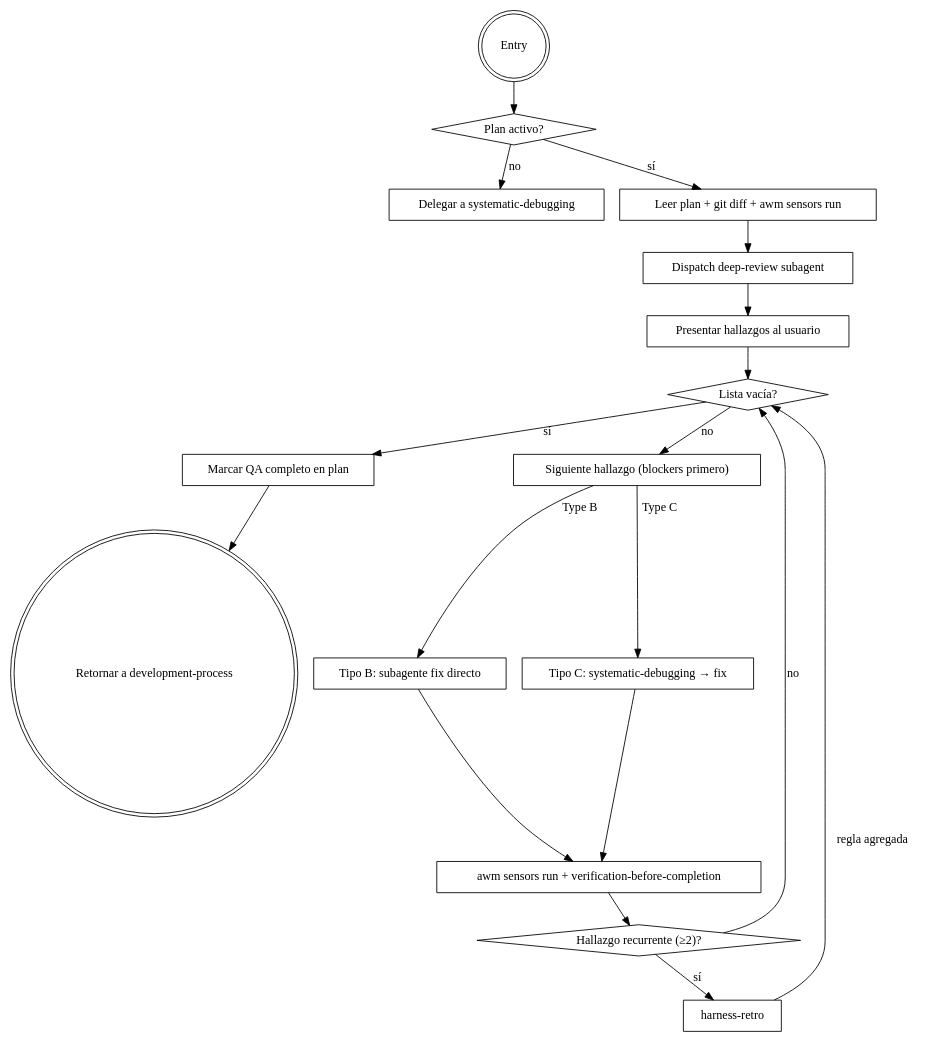
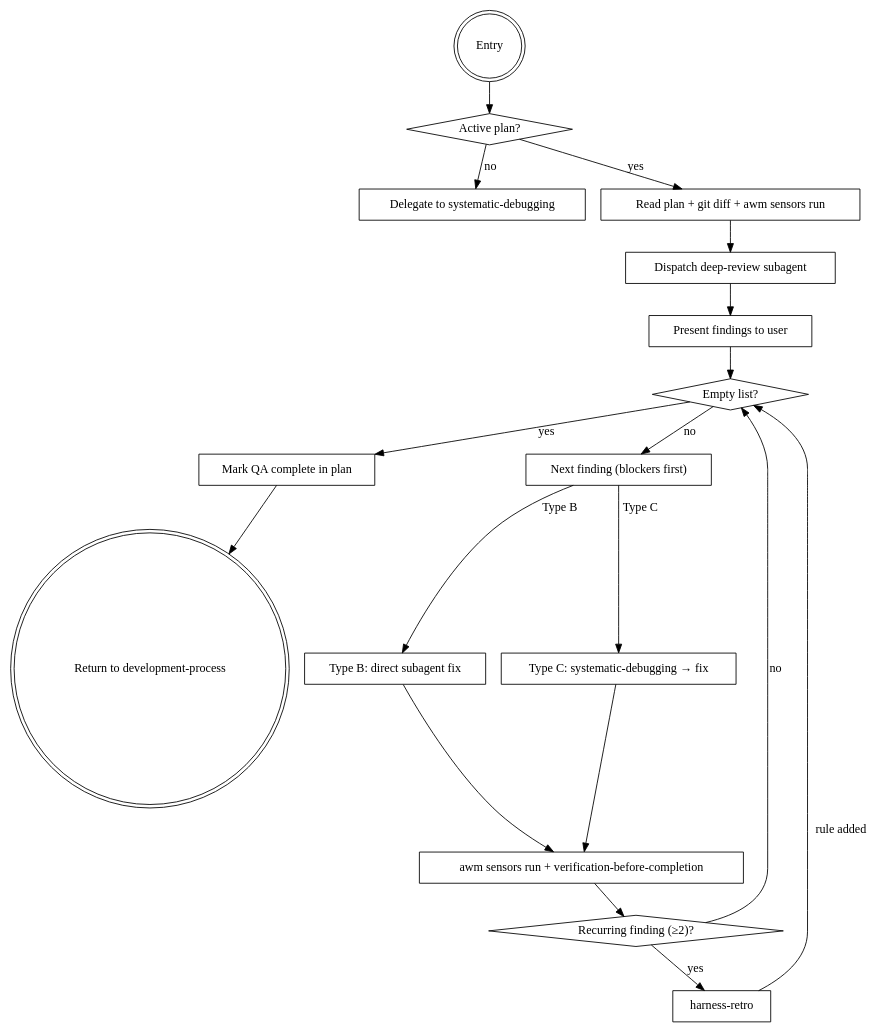
One commit to Kodria/awm-baseline-registry changed the diagram in skills/post-implementation-qa/SKILL.md. Above: the diagram before and after it, drawn with Graphviz. The commit also changed other lines of this file and 14 other files, not shown here.

````diff
--- a/skills/post-implementation-qa/SKILL.md
+++ b/skills/post-implementation-qa/SKILL.md
@@ -38,39 +38,39 @@
 ```dot
 digraph qa_process {
     rankdir=TB;
 
     "Entry" [shape=doublecircle];
-    "Plan activo?" [shape=diamond];
-    "Delegar a systematic-debugging" [shape=box];
-    "Leer plan + git diff + awm sensors run" [shape=box];
+    "Active plan?" [shape=diamond];
+    "Delegate to systematic-debugging" [shape=box];
+    "Read plan + git diff + awm sensors run" [shape=box];
     "Dispatch deep-review subagent" [shape=box];
-    "Presentar hallazgos al usuario" [shape=box];
-    "Lista vacía?" [shape=diamond];
-    "Marcar QA completo en plan" [shape=box];
-    "Retornar a development-process" [shape=doublecircle];
-    "Siguiente hallazgo (blockers primero)" [shape=box];
-    "Tipo B: subagente fix directo" [shape=box];
-    "Tipo C: systematic-debugging → fix" [shape=box];
+    "Present findings to user" [shape=box];
+    "Empty list?" [shape=diamond];
+    "Mark QA complete in plan" [shape=box];
+    "Return to development-process" [shape=doublecircle];
+    "Next finding (blockers first)" [shape=box];
+    "Type B: direct subagent fix" [shape=box];
+    "Type C: systematic-debugging → fix" [shape=box];
     "awm sensors run + verification-before-completion" [shape=box];
-    "Hallazgo recurrente (≥2)?" [shape=diamond];
+    "Recurring finding (≥2)?" [shape=diamond];
     "harness-retro" [shape=box];
 
-    "Entry" -> "Plan activo?";
-    "Plan activo?" -> "Delegar a systematic-debugging" [label="no"];
-    "Plan activo?" -> "Leer plan + git diff + awm sensors run" [label="sí"];
-    "Leer plan + git diff + awm sensors run" -> "Dispatch deep-review subagent";
-    "Dispatch deep-review subagent" -> "Presentar hallazgos al usuario";
-    "Presentar hallazgos al usuario" -> "Lista vacía?";
-    "Lista vacía?" -> "Marcar QA completo en plan" [label="sí"];
-    "Marcar QA completo en plan" -> "Retornar a development-process";
-    "Lista vacía?" -> "Siguiente hallazgo (blockers primero)" [label="no"];
-    "Siguiente hallazgo (blockers primero)" -> "Tipo B: subagente fix directo" [label="Type B"];
-    "Siguiente hallazgo (blockers primero)" -> "Tipo C: systematic-debugging → fix" [label="Type C"];
-    "Tipo B: subagente fix directo" -> "awm sensors run + verification-before-completion";
-    "Tipo C: systematic-debugging → fix" -> "awm sensors run + verification-before-completion";
-    "awm sensors run + verification-before-completion" -> "Hallazgo recurrente (≥2)?";
-    "Hallazgo recurrente (≥2)?" -> "harness-retro" [label="sí"];
-    "harness-retro" -> "Lista vacía?" [label="regla agregada"];
-    "Hallazgo recurrente (≥2)?" -> "Lista vacía?" [label="no"];
+    "Entry" -> "Active plan?";
+    "Active plan?" -> "Delegate to systematic-debugging" [label="no"];
+    "Active plan?" -> "Read plan + git diff + awm sensors run" [label="yes"];
+    "Read plan + git diff + awm sensors run" -> "Dispatch deep-review subagent";
+    "Dispatch deep-review subagent" -> "Present findings to user";
+    "Present findings to user" -> "Empty list?";
+    "Empty list?" -> "Mark QA complete in plan" [label="yes"];
+    "Mark QA complete in plan" -> "Return to development-process";
+    "Empty list?" -> "Next finding (blockers first)" [label="no"];
+    "Next finding (blockers first)" -> "Type B: direct subagent fix" [label="Type B"];
+    "Next finding (blockers first)" -> "Type C: systematic-debugging → fix" [label="Type C"];
+    "Type B: direct subagent fix" -> "awm sensors run + verification-before-completion";
+    "Type C: systematic-debugging → fix" -> "awm sensors run + verification-before-completion";
+    "awm sensors run + verification-before-completion" -> "Recurring finding (≥2)?";
+    "Recurring finding (≥2)?" -> "harness-retro" [label="yes"];
+    "harness-retro" -> "Empty list?" [label="rule added"];
+    "Recurring finding (≥2)?" -> "Empty list?" [label="no"];
 }
 ```
````
